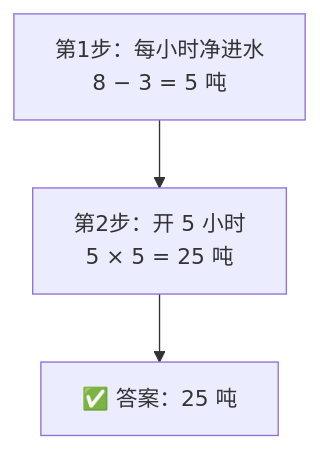
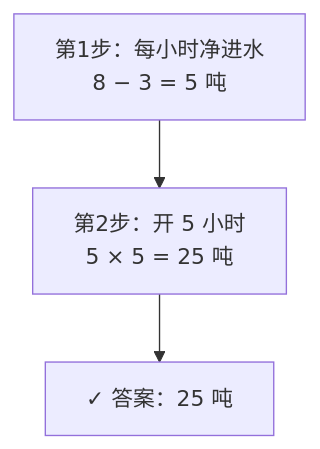
One commit to luckykhy/KhyAiHub changed the fourth of 5 diagrams in docs/02_CONCEPTS_概念入门/CONCEPT/[CONCEPT-21] 什么是思维链-ChainOfThought.md. Above: the diagram before and after it, drawn with Mermaid. The commit also changed other lines of this file, not shown here.

````diff
--- a/docs/02_CONCEPTS_概念入门/CONCEPT/[CONCEPT-21] 什么是思维链-ChainOfThought.md
+++ b/docs/02_CONCEPTS_概念入门/CONCEPT/[CONCEPT-21] 什么是思维链-ChainOfThought.md
@@ -240,7 +240,7 @@
 ```mermaid
 flowchart TB
   L1["第1步：每小时净进水<br/>8 − 3 = 5 吨"]
   L2["第2步：开 5 小时<br/>5 × 5 = 25 吨"]
-  L3["✅ 答案：25 吨"]
+  L3["✓ 答案：25 吨"]
   L1 --> L2 --> L3
 ```
````
